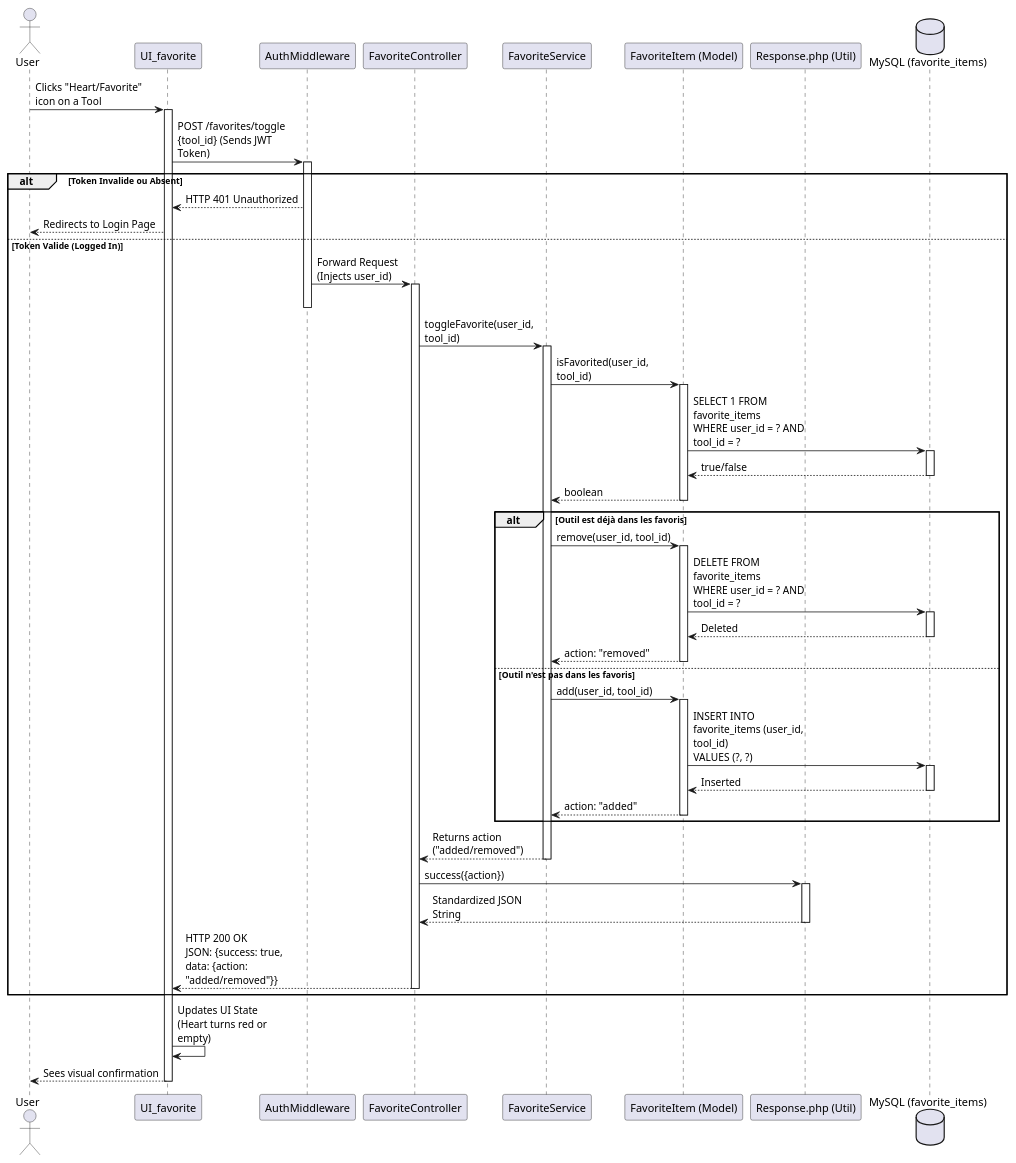
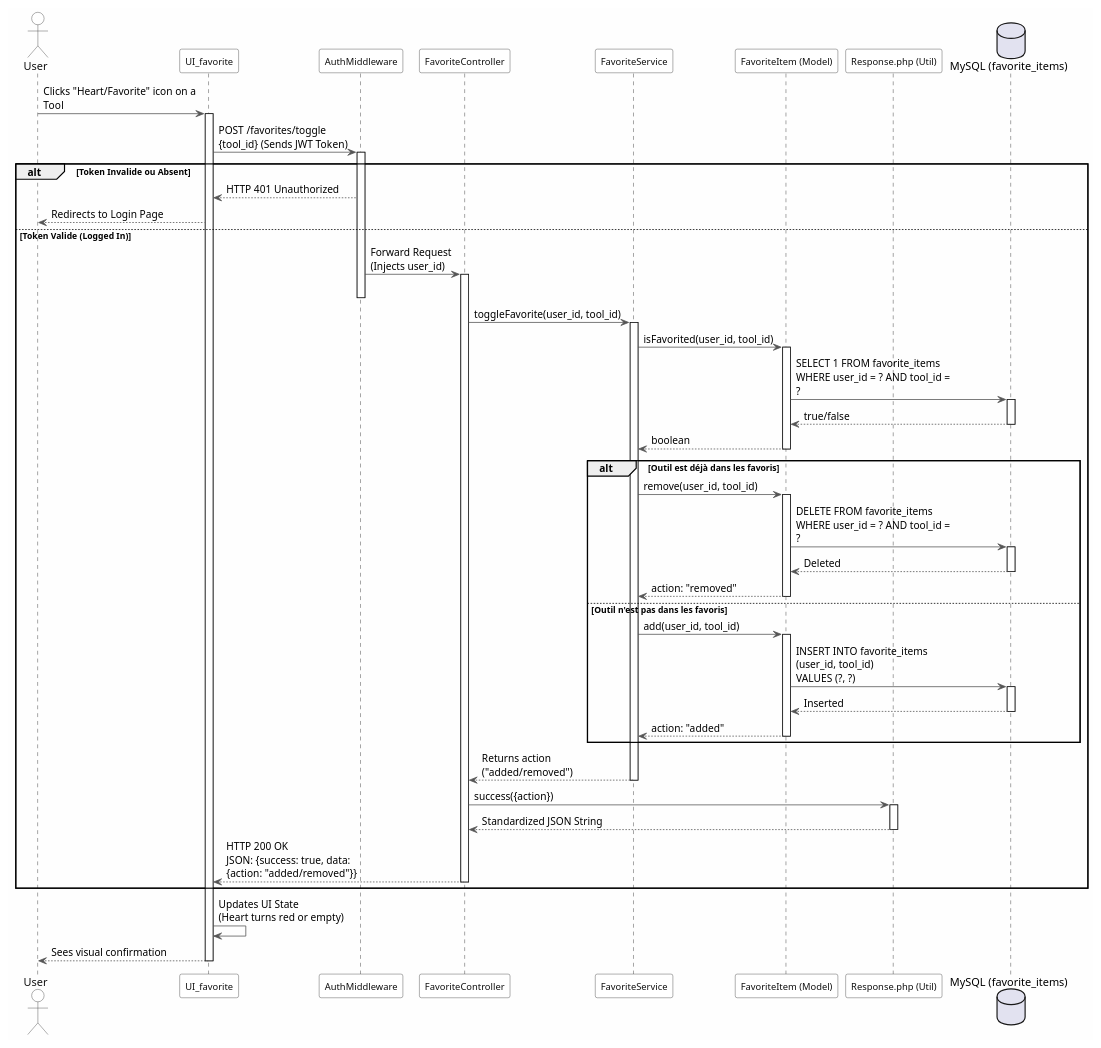
One commit to dss47/Penguins changed the diagram in docs/sequence/Favorites.wsd. Above: the diagram before and after it, drawn with PlantUML. The commit also changed 57 other files, not shown here.

```diff
--- a/docs/sequence/Favorites.wsd
+++ b/docs/sequence/Favorites.wsd
@@ -1,75 +1,86 @@
 @startuml favorites
-skinparam maxMessageSize 150
+skinparam backgroundColor #FEFEFE
+skinparam participantBackgroundColor #FFFFFF
+skinparam participantBorderColor #333333
+skinparam participantFontColor #111111
+skinparam participantFontSize 12
+skinparam actorBackgroundColor #FFFFFF
+skinparam actorBorderColor #333333
+skinparam actorFontColor #111111
+skinparam arrowColor #555555
+skinparam lifeLineBackgroundColor #FEFEFE
+skinparam shadowing false
+skinparam maxMessageSize 200
 
 actor "User" as user
 participant "UI_favorite" as react
 participant "AuthMiddleware" as auth 
 participant "FavoriteController" as controller 
 participant "FavoriteService" as service 
 participant "FavoriteItem (Model)" as model
 participant "Response.php (Util)" as res
 
 database "MySQL (favorite_items)" as db
 
 user -> react : Clicks "Heart/Favorite" icon on a Tool
 activate react
   react -> auth : POST /favorites/toggle\n{tool_id} (Sends JWT Token)
   activate auth
   
     alt Token Invalide ou Absent
         auth --> react : HTTP 401 Unauthorized
         react --> user : Redirects to Login Page
     else Token Valide (Logged In)
         
         auth -> controller : Forward Request\n(Injects user_id)
         activate controller
         deactivate auth
         
         controller -> service : toggleFavorite(user_id, tool_id)
         activate service
           service -> model : isFavorited(user_id, tool_id)
           activate model
             model -> db : SELECT 1 FROM favorite_items\nWHERE user_id = ? AND tool_id = ?
             activate db
               db --> model : true/false
             deactivate db
             model --> service : boolean
           deactivate model
           
           alt Outil est déjà dans les favoris
               service -> model : remove(user_id, tool_id)
               activate model
                 model -> db : DELETE FROM favorite_items\nWHERE user_id = ? AND tool_id = ?
                 activate db
                   db --> model : Deleted
                 deactivate db
                 model --> service : action: "removed"
               deactivate model
               
           else Outil n'est pas dans les favoris
               service -> model : add(user_id, tool_id)
               activate model
                 model -> db : INSERT INTO favorite_items (user_id, tool_id)\nVALUES (?, ?)
                 activate db
                   db --> model : Inserted
                 deactivate db
                 model --> service : action: "added"
               deactivate model
           end
           
           service --> controller : Returns action ("added/removed")
         deactivate service
         controller -> res : success({action})
         activate res
           res --> controller : Standardized JSON String
         deactivate res
         
         controller --> react : HTTP 200 OK\nJSON: {success: true, data: {action: "added/removed"}}
         deactivate controller
     end
   
   react -> react : Updates UI State\n(Heart turns red or empty)
   react --> user : Sees visual confirmation
 deactivate react
 
 @enduml
```
